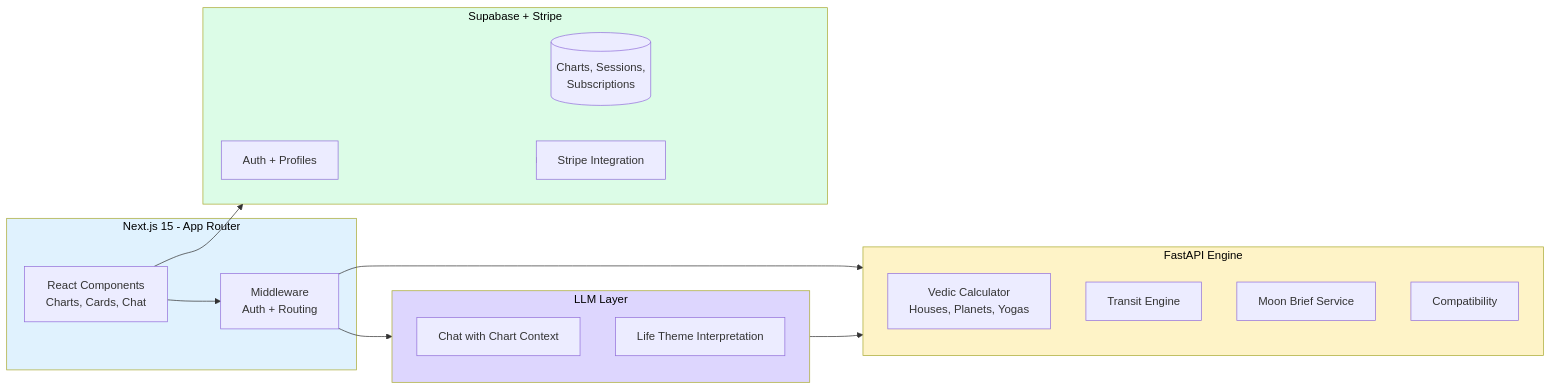
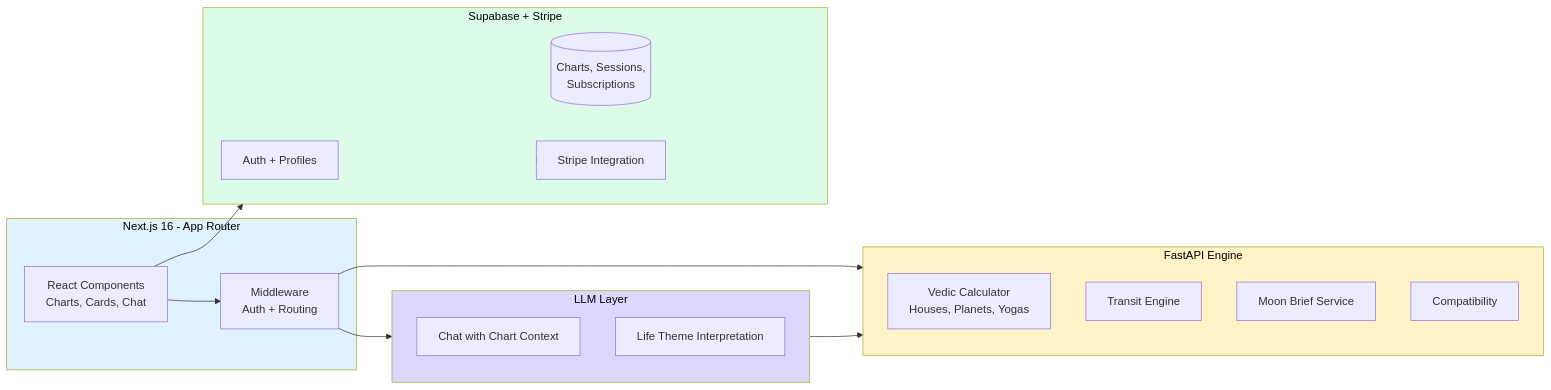
Before and after one commit to wsadip-tech-ai/Astra: the diagram in README.md, drawn with Mermaid. The commit also changed other lines of this file and 2 other files, not shown here.

````diff
--- a/README.md
+++ b/README.md
@@ -21,37 +21,37 @@
 ```mermaid
 flowchart LR
-    subgraph Client[Next.js 15 - App Router]
+    subgraph Client[Next.js 16 - App Router]
         UI[React Components<br/>Charts, Cards, Chat]
         MW[Middleware<br/>Auth + Routing]
     end
 
     subgraph Engine[FastAPI Engine]
         VEDIC[Vedic Calculator<br/>Houses, Planets, Yogas]
         TRANSIT[Transit Engine]
         MOON[Moon Brief Service]
         COMPAT[Compatibility]
     end
 
     subgraph LLM[LLM Layer]
         CHAT[Chat with Chart Context]
         INTERP[Life Theme Interpretation]
     end
 
     subgraph Data[Supabase + Stripe]
         AUTH[Auth + Profiles]
         DB[(Charts, Sessions,<br/>Subscriptions)]
         STRIPE[Stripe Integration]
     end
 
     UI --> MW
     MW --> Engine
     MW --> LLM
     LLM --> Engine
     UI --> Data
     Data <--> STRIPE
 
     style Client fill:#e0f2fe,color:#000
     style Engine fill:#fef3c7,color:#000
     style LLM fill:#ddd6fe,color:#000
     style Data fill:#dcfce7,color:#000
 ```
````
